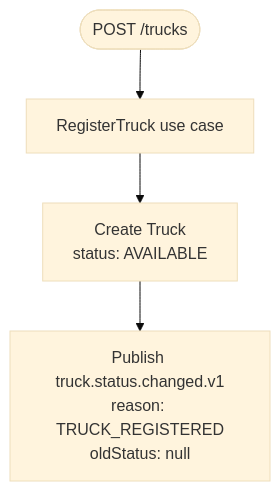
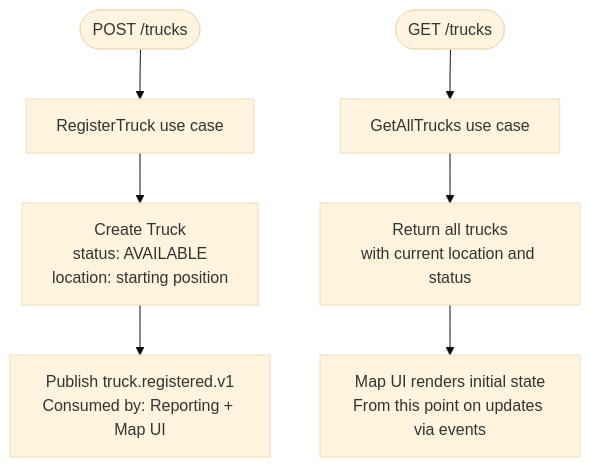
Before and after one commit to PauLopNun/workshop-suministros: the sixth of 6 diagrams in transport/ddd.md, drawn with Mermaid (base theme). The commit also changed other lines of this file, not shown here.

First line of the commit message:
docs: Refactor event names and enhance truck registration

````diff
--- a/transport/ddd.md
+++ b/transport/ddd.md
@@ -142,7 +142,12 @@
 ```mermaid
 flowchart TD
     UC3([POST /trucks])
     UC3 --> C1[RegisterTruck use case]
-    C1 --> C2[Create Truck\nstatus: AVAILABLE]
-    C2 --> C3[Publish truck.status.changed.v1\nreason: TRUCK_REGISTERED\noldStatus: null]
+    C1 --> C2[Create Truck\nstatus: AVAILABLE\nlocation: starting position]
+    C2 --> C3[Publish truck.registered.v1\nConsumed by: Reporting + Map UI]
+
+    UC4([GET /trucks])
+    UC4 --> D1[GetAllTrucks use case]
+    D1 --> D2[Return all trucks\nwith current location and status]
+    D2 --> D3[Map UI renders initial state\nFrom this point on updates via events]
 ```
````
